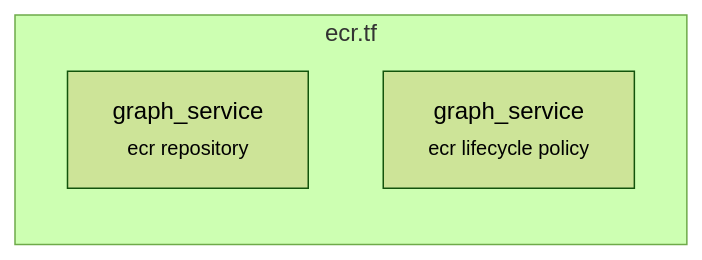
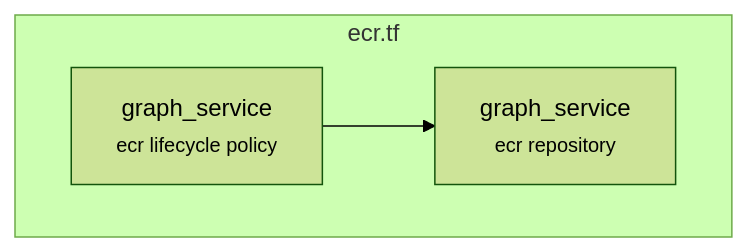
One commit to macamp0328/liner-notes changed the diagram in infra/diagrams/per-file/ecr.mmd. Above: the diagram before and after it, drawn with Mermaid (forest theme). The commit also changed 8 other files, not shown here.

First line of the commit message:
feat: cluster + colorize resource graph, accurate per-resource Mermaid edges (#138)

```diff
--- a/infra/diagrams/per-file/ecr.mmd
+++ b/infra/diagrams/per-file/ecr.mmd
@@ -1,7 +1,9 @@
 %% Auto-generated by scripts/diagrams/generate.ts — do not edit by hand.
 %% Source: infra/terraform/ecr.tf
 flowchart LR
   subgraph this["ecr.tf"]
+    direction LR
     aws_ecr_repository_graph_service["graph_service<br/><small>ecr repository</small>"]
     aws_ecr_lifecycle_policy_graph_service["graph_service<br/><small>ecr lifecycle policy</small>"]
   end
+  aws_ecr_lifecycle_policy_graph_service --> aws_ecr_repository_graph_service
```
